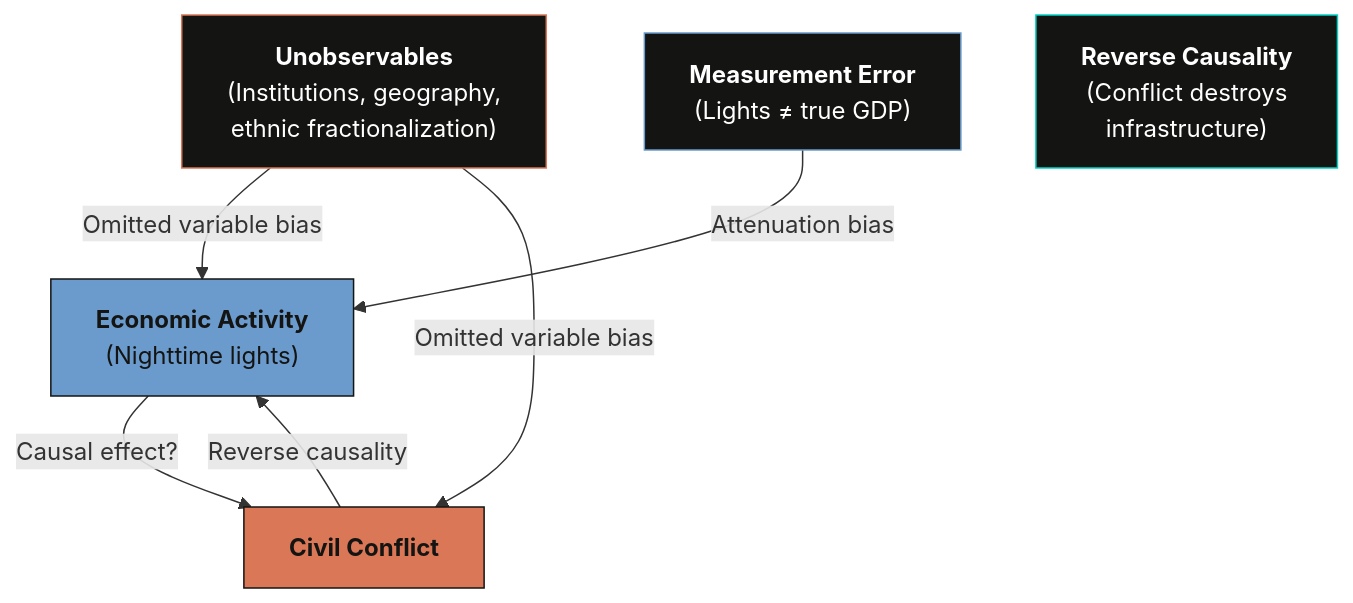
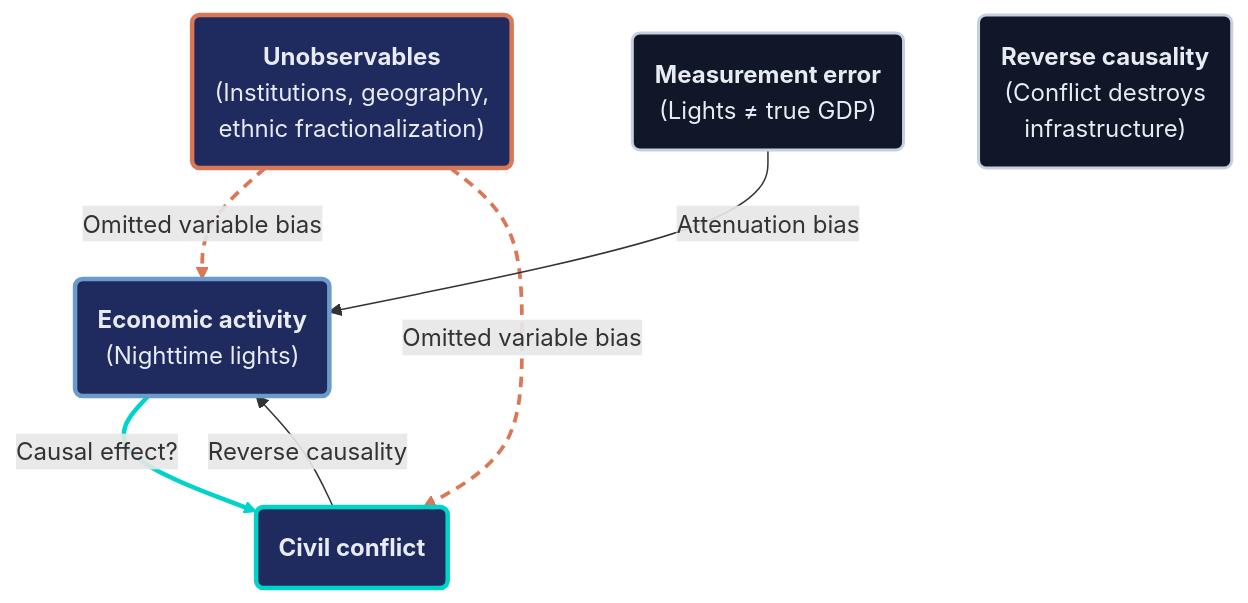
Before and after one commit to cmg777/starter-academic-v501: the first of 2 diagrams in content/post/stata_iv_panel/index.md, drawn with Mermaid. The commit also changed other lines of this file and 13 other files, not shown here.

First line of the commit message:
content(mermaid): restyle flowcharts in Stata posts, batch 1 of 2

````diff
--- a/content/post/stata_iv_panel/index.md
+++ b/content/post/stata_iv_panel/index.md
@@ -245,20 +245,24 @@
 ```mermaid
 graph TD
-    ECON["<b>Economic Activity</b><br/>(Nighttime lights)"]
-    CONF["<b>Civil Conflict</b>"]
-    U["<b>Unobservables</b><br/>(Institutions, geography,<br/>ethnic fractionalization)"]
-    ME["<b>Measurement Error</b><br/>(Lights ≠ true GDP)"]
-    REV["<b>Reverse Causality</b><br/>(Conflict destroys<br/>infrastructure)"]
+    ECON("<b>Economic activity</b><br/>(Nighttime lights)")
+    CONF("<b>Civil conflict</b>")
+    U("<b>Unobservables</b><br/>(Institutions, geography,<br/>ethnic fractionalization)")
+    ME("<b>Measurement error</b><br/>(Lights ≠ true GDP)")
+    REV("<b>Reverse causality</b><br/>(Conflict destroys<br/>infrastructure)")
 
     ECON -->|"Causal effect?"| CONF
     U -->|"Omitted variable bias"| ECON
     U -->|"Omitted variable bias"| CONF
     CONF -->|"Reverse causality"| ECON
     ME -->|"Attenuation bias"| ECON
-
-    style ECON fill:#6a9bcc,stroke:#141413,color:#141413
-    style CONF fill:#d97757,stroke:#141413,color:#141413
-    style U fill:#141413,stroke:#d97757,color:#fff
-    style ME fill:#141413,stroke:#6a9bcc,color:#fff
-    style REV fill:#141413,stroke:#00d4c8,color:#fff
+    classDef blue fill:#1f2b5e,stroke:#6a9bcc,stroke-width:3px,color:#e8ecf2
+    classDef orange fill:#1f2b5e,stroke:#d97757,stroke-width:3px,color:#e8ecf2
+    classDef anchor fill:#0f1729,stroke:#c8d0e0,stroke-width:2px,color:#e8ecf2
+    classDef teal fill:#1f2b5e,stroke:#00d4c8,stroke-width:3px,color:#e8ecf2
+    class ECON blue
+    class CONF teal
+    class U orange
+    class ME,REV anchor
+    linkStyle 0 stroke:#00d4c8,stroke-width:3px
+    linkStyle 1,2 stroke:#d97757,stroke-width:2.5px,stroke-dasharray:7 5
 ```
````
